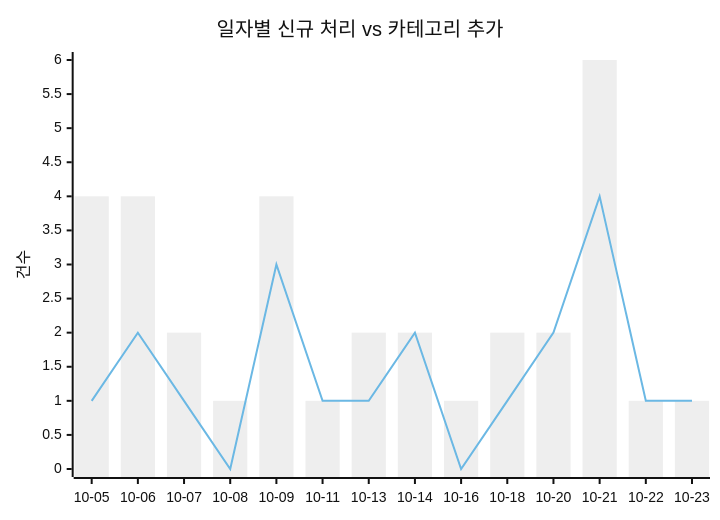
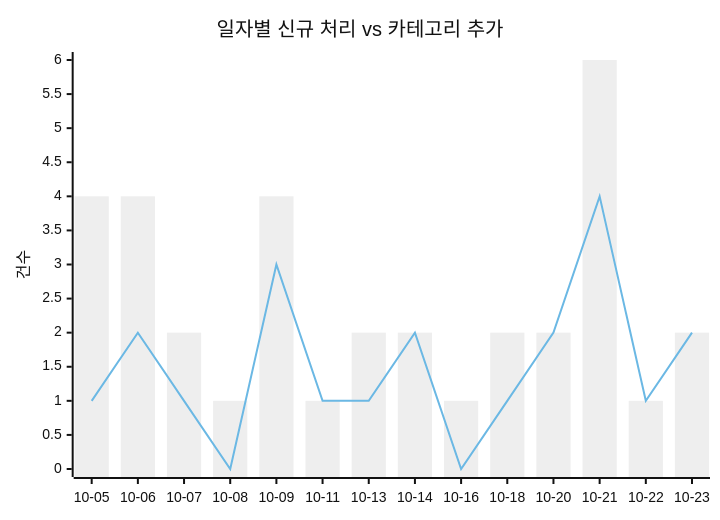
One commit to J-nowcow/awesome-korean-agent-skills changed the first of 2 diagrams in docs/trends.md. Above: the diagram before and after it, drawn with Mermaid (neutral theme). The commit also changed other lines of this file and 4 other files, not shown here.

````diff
--- a/docs/trends.md
+++ b/docs/trends.md
@@ -32,8 +32,8 @@
 ```mermaid
 xychart-beta
     title "일자별 신규 처리 vs 카테고리 추가"
     x-axis ["10-05","10-06","10-07","10-08","10-09","10-11","10-13","10-14","10-16","10-18","10-20","10-21","10-22","10-23"]
     y-axis "건수"
-    bar [4,4,2,1,4,1,2,2,1,2,2,6,1,1]
-    line [1,2,1,0,3,1,1,2,0,1,2,4,1,1]
+    bar [4,4,2,1,4,1,2,2,1,2,2,6,1,2]
+    line [1,2,1,0,3,1,1,2,0,1,2,4,1,2]
 ```
````
